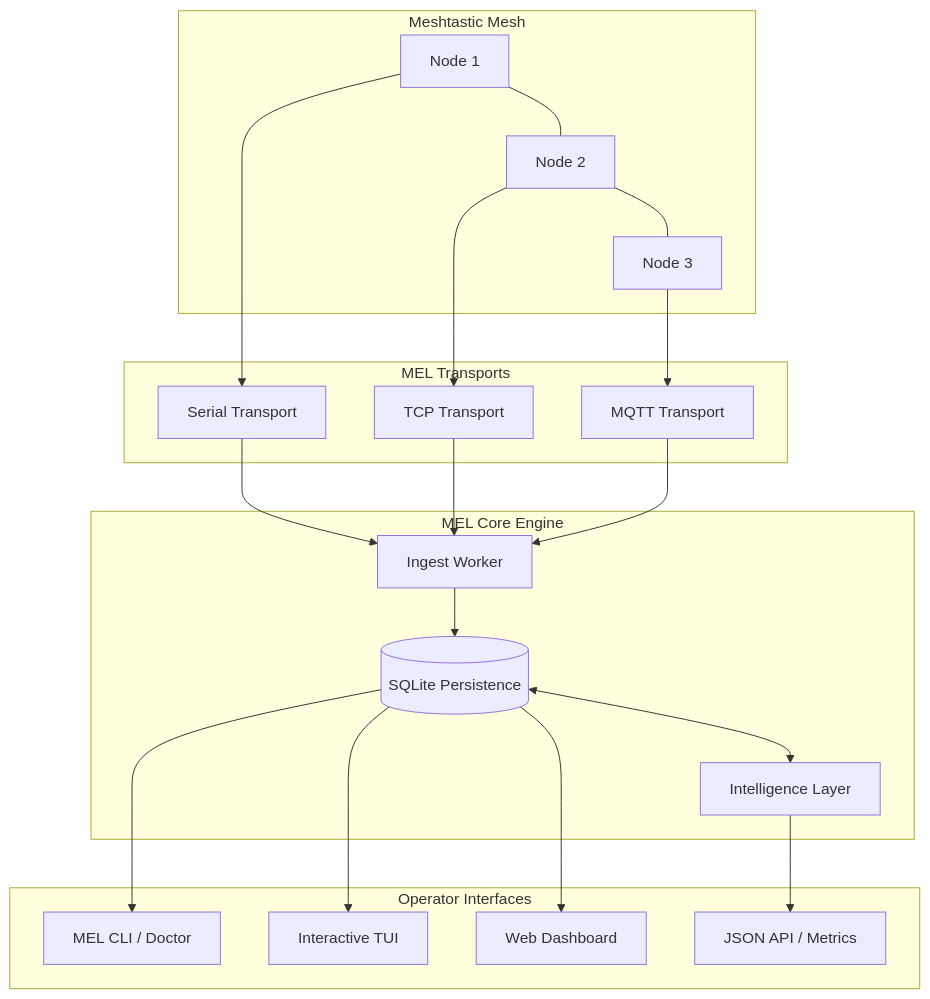
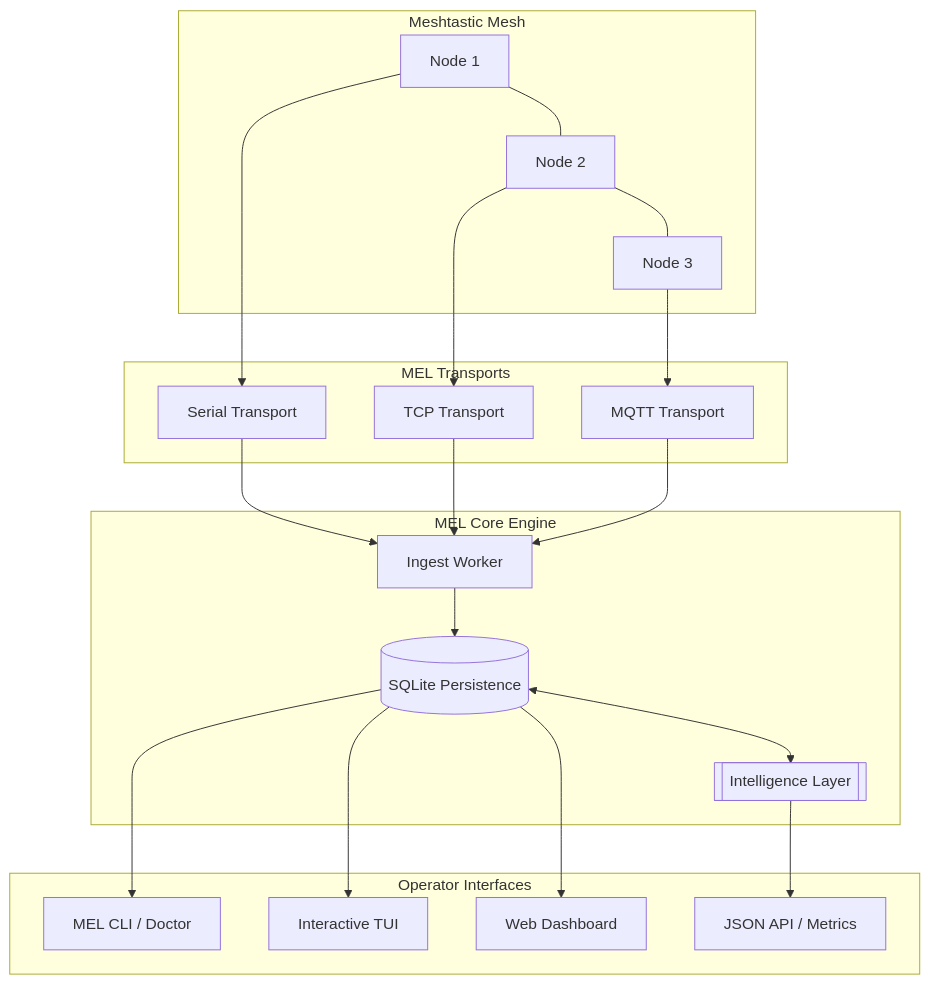
The diagram in README.md (Hardonian/MEL---MeshEdgeLayer), drawn with Mermaid before and after one commit. The commit also changed other lines of this file and 4 other files, not shown here.

````diff
--- a/README.md
+++ b/README.md
@@ -33,41 +35,41 @@
 ```mermaid
 graph TD
     subgraph "Meshtastic Mesh"
         N1[Node 1] --- N2[Node 2]
         N2 --- N3[Node 3]
     end
 
     subgraph "MEL Transports"
         SR[Serial Transport]
         TC[TCP Transport]
         MQ[MQTT Transport]
     end
 
     subgraph "MEL Core Engine"
         IG[Ingest Worker]
         DB[(SQLite Persistence)]
-        IL[Intelligence Layer]
+        IL[[Intelligence Layer]]
     end
 
     subgraph "Operator Interfaces"
         CLI[MEL CLI / Doctor]
         TUI[Interactive TUI]
         WEB[Web Dashboard]
         API[JSON API / Metrics]
     end
 
     N1 --> SR
     N2 --> TC
     N3 --> MQ
 
     SR --> IG
     TC --> IG
     MQ --> IG
 
     IG --> DB
     DB <--> IL
     IL --> API
     DB --> CLI
     DB --> TUI
     DB --> WEB
 ```
````
